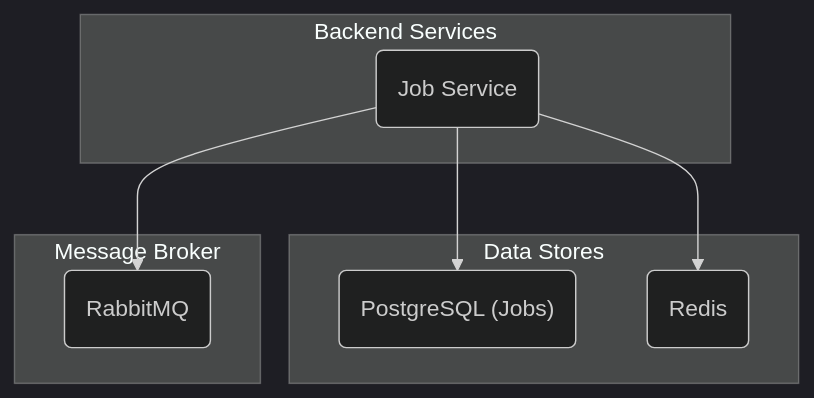
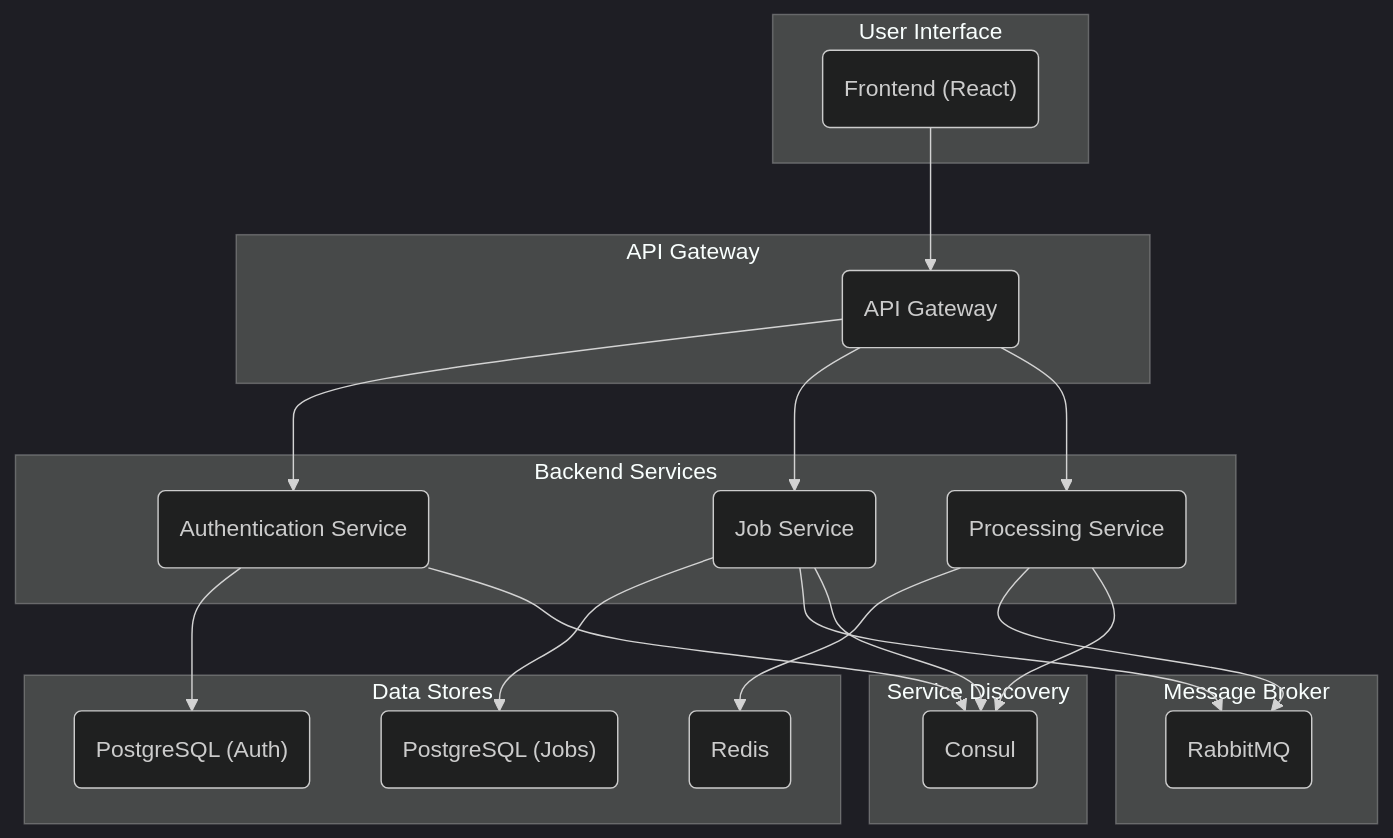
One commit to toxicoder/glimmer-grabber changed the diagram in README.md. Above: the diagram before and after it, drawn with Mermaid (dark theme). The commit also changed other lines of this file and 2 other files, not shown here.

````diff
--- a/README.md
+++ b/README.md
@@ -17,15 +17,45 @@
 ```mermaid
 graph TD
+    subgraph "User Interface"
+        Frontend("Frontend (React)");
+    end
+
+    subgraph "API Gateway"
+        API_Gateway("API Gateway");
+    end
+
     subgraph "Backend Services"
+        Auth_Service("Authentication Service");
         Job_Service("Job Service");
+        Processing_Service("Processing Service");
+    end
+
+    subgraph "Service Discovery"
+        Consul("Consul");
     end
 
     subgraph "Data Stores"
-        Job_Service --> Postgres_Jobs("PostgreSQL (Jobs)");
-        Job_Service --> Redis("Redis");
+        Postgres_Auth("PostgreSQL (Auth)");
+        Postgres_Jobs("PostgreSQL (Jobs)");
+        Redis("Redis");
     end
 
     subgraph "Message Broker"
-        Job_Service --> RabbitMQ("RabbitMQ");
+        RabbitMQ("RabbitMQ");
     end
+
+    Frontend --> API_Gateway;
+    API_Gateway --> Auth_Service;
+    API_Gateway --> Job_Service;
+    API_Gateway --> Processing_Service;
+
+    Auth_Service --> Postgres_Auth;
+    Job_Service --> Postgres_Jobs;
+    Job_Service --> RabbitMQ;
+    Processing_Service --> Redis;
+    Processing_Service --> RabbitMQ;
+
+    Auth_Service --> Consul;
+    Job_Service --> Consul;
+    Processing_Service --> Consul;
 ```
````
